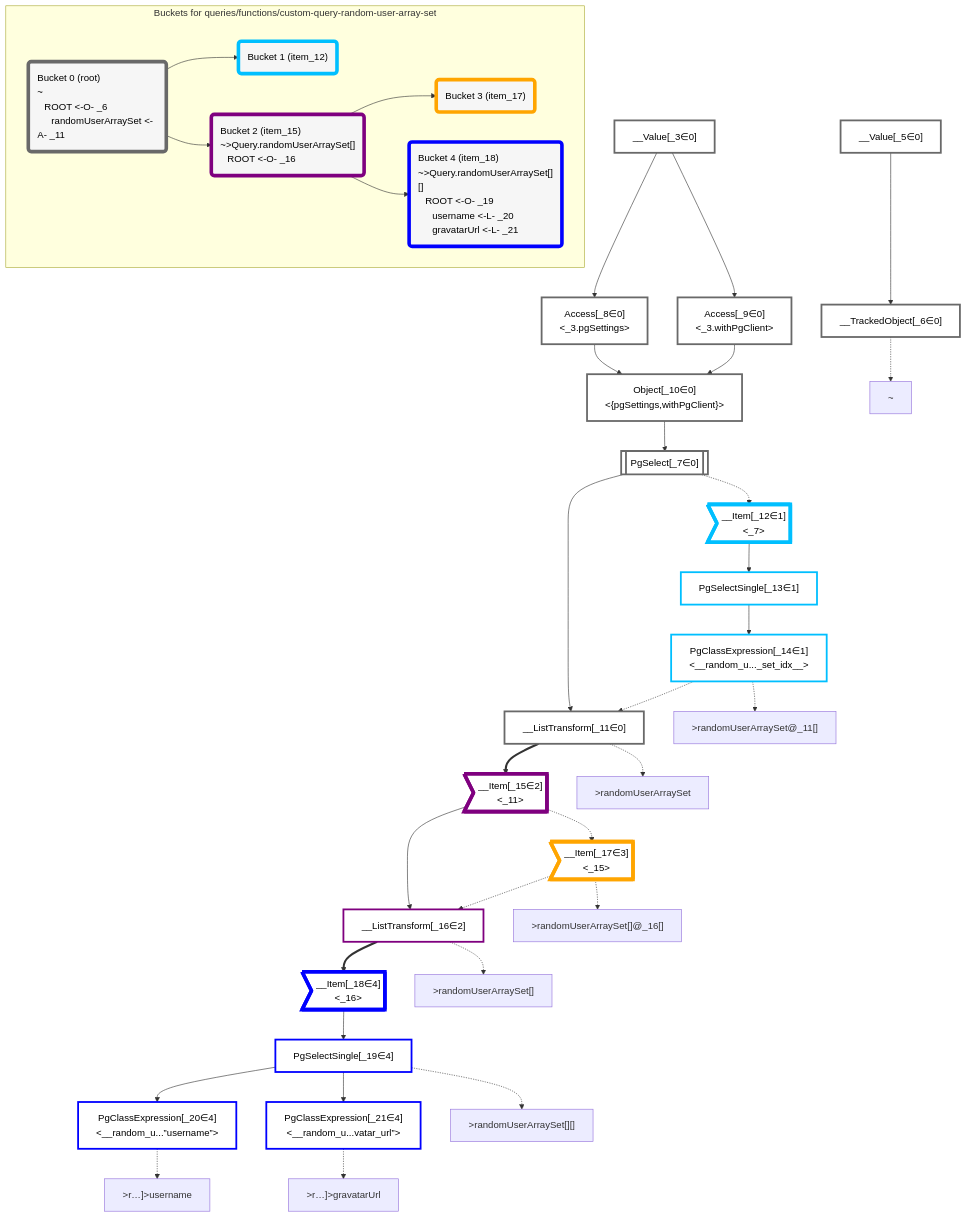
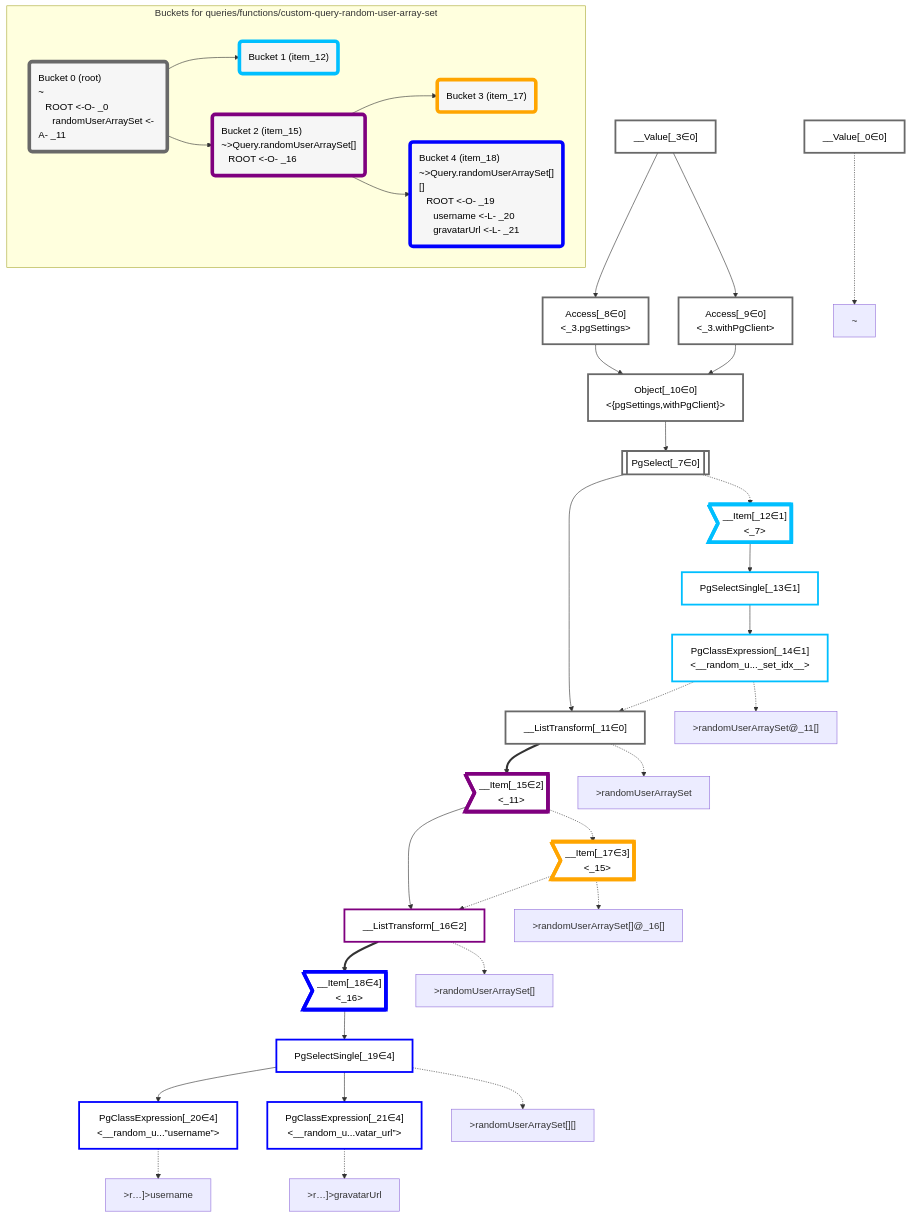
The diagram in packages/dataplan-pg/__tests__/queries/functions/custom-query-random-user-array-set.deopt.mermaid.md (graphile/crystal), drawn with Mermaid before and after one commit. The commit also changed 193 other files, not shown here.

Commit message:
Update test plan snapshots with new root plan

```diff
--- a/packages/dataplan-pg/__tests__/queries/functions/custom-query-random-user-array-set.deopt.mermaid.md
+++ b/packages/dataplan-pg/__tests__/queries/functions/custom-query-random-user-array-set.deopt.mermaid.md
@@ -8,9 +8,8 @@
 
 
     %% define plans
+    __Value_0["__Value[_0∈0]"]:::plan
     __Value_3["__Value[_3∈0]<br /><context>"]:::plan
-    __Value_5["__Value[_5∈0]<br /><rootValue>"]:::plan
-    __TrackedObject_6["__TrackedObject[_6∈0]"]:::plan
     PgSelect_7[["PgSelect[_7∈0]<br /><random_user_array_set>"]]:::plan
     Access_8["Access[_8∈0]<br /><_3.pgSettings>"]:::plan
     Access_9["Access[_9∈0]<br /><_3.withPgClient>"]:::plan
@@ -28,7 +27,6 @@
     PgClassExpression_21["PgClassExpression[_21∈4]<br /><__random_u...vatar_url”>"]:::plan
 
     %% plan dependencies
-    __Value_5 --> __TrackedObject_6
     Object_10 --> PgSelect_7
     __Value_3 --> Access_8
     __Value_3 --> Access_9
@@ -49,8 +47,8 @@
     PgSelectSingle_19 --> PgClassExpression_21
 
     %% plan-to-path relationships
-    P_6["~"]
-    __TrackedObject_6 -.-> P_6
+    P_0["~"]
+    __Value_0 -.-> P_0
     P_11[">randomUserArraySet"]
     __ListTransform_11 -.-> P_11
     P_14[">randomUserArraySet@_11[]"]
@@ -68,7 +66,7 @@
 
     %% allocate buckets
     classDef bucket0 stroke:#696969
-    class __Value_3,__Value_5,__TrackedObject_6,PgSelect_7,Access_8,Access_9,Object_10,__ListTransform_11 bucket0
+    class __Value_0,__Value_3,PgSelect_7,Access_8,Access_9,Object_10,__ListTransform_11 bucket0
     classDef bucket1 stroke:#00bfff
     class __Item_12,PgSelectSingle_13,PgClassExpression_14 bucket1
     classDef bucket2 stroke:#7f007f
@@ -79,7 +77,7 @@
     class __Item_18,PgSelectSingle_19,PgClassExpression_20,PgClassExpression_21 bucket4
 
     subgraph "Buckets for queries/functions/custom-query-random-user-array-set"
-    Bucket0("Bucket 0 (root)<br />~<br />⠀ROOT <-O- _6<br />⠀⠀randomUserArraySet <-A- _11"):::bucket
+    Bucket0("Bucket 0 (root)<br />~<br />⠀ROOT <-O- _0<br />⠀⠀randomUserArraySet <-A- _11"):::bucket
     style Bucket0 stroke:#696969
     Bucket1("Bucket 1 (item_12)"):::bucket
     style Bucket1 stroke:#00bfff
```
